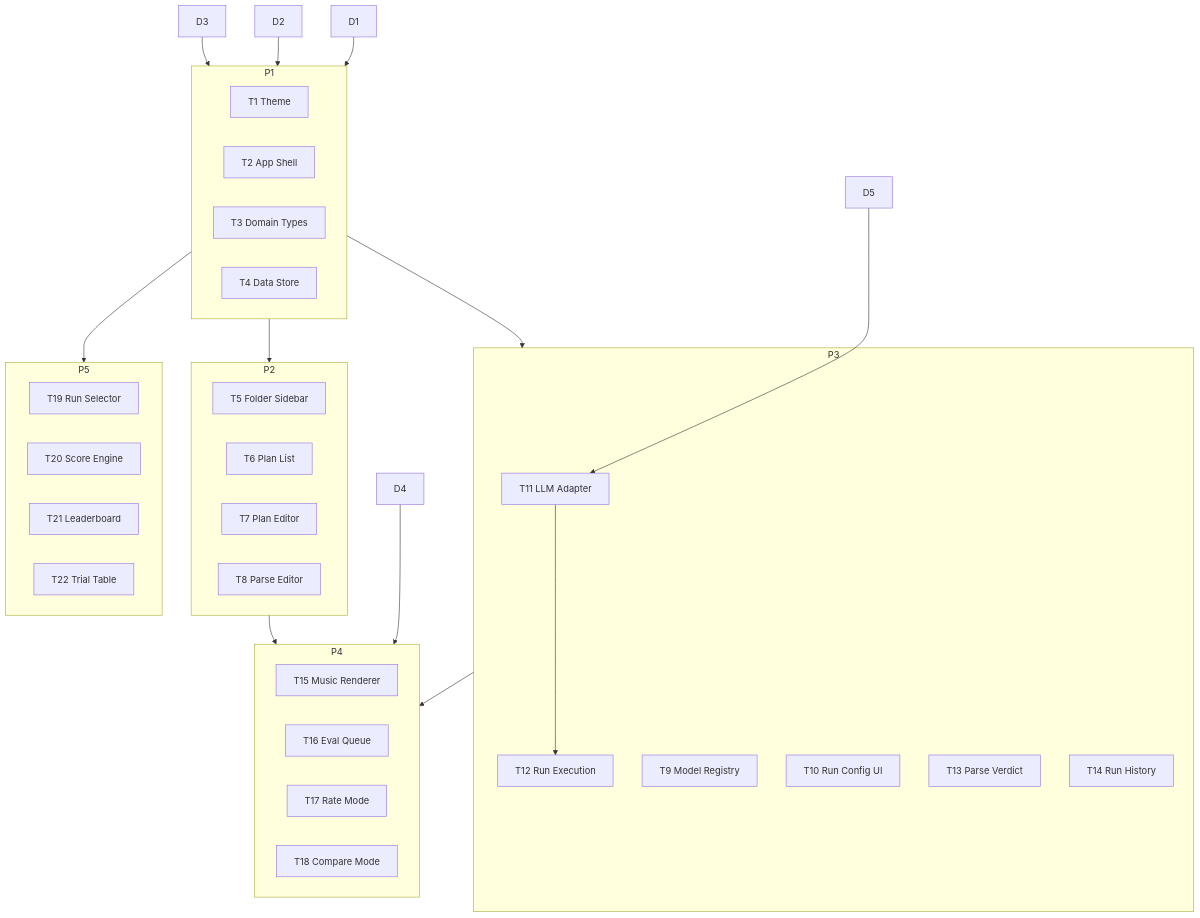
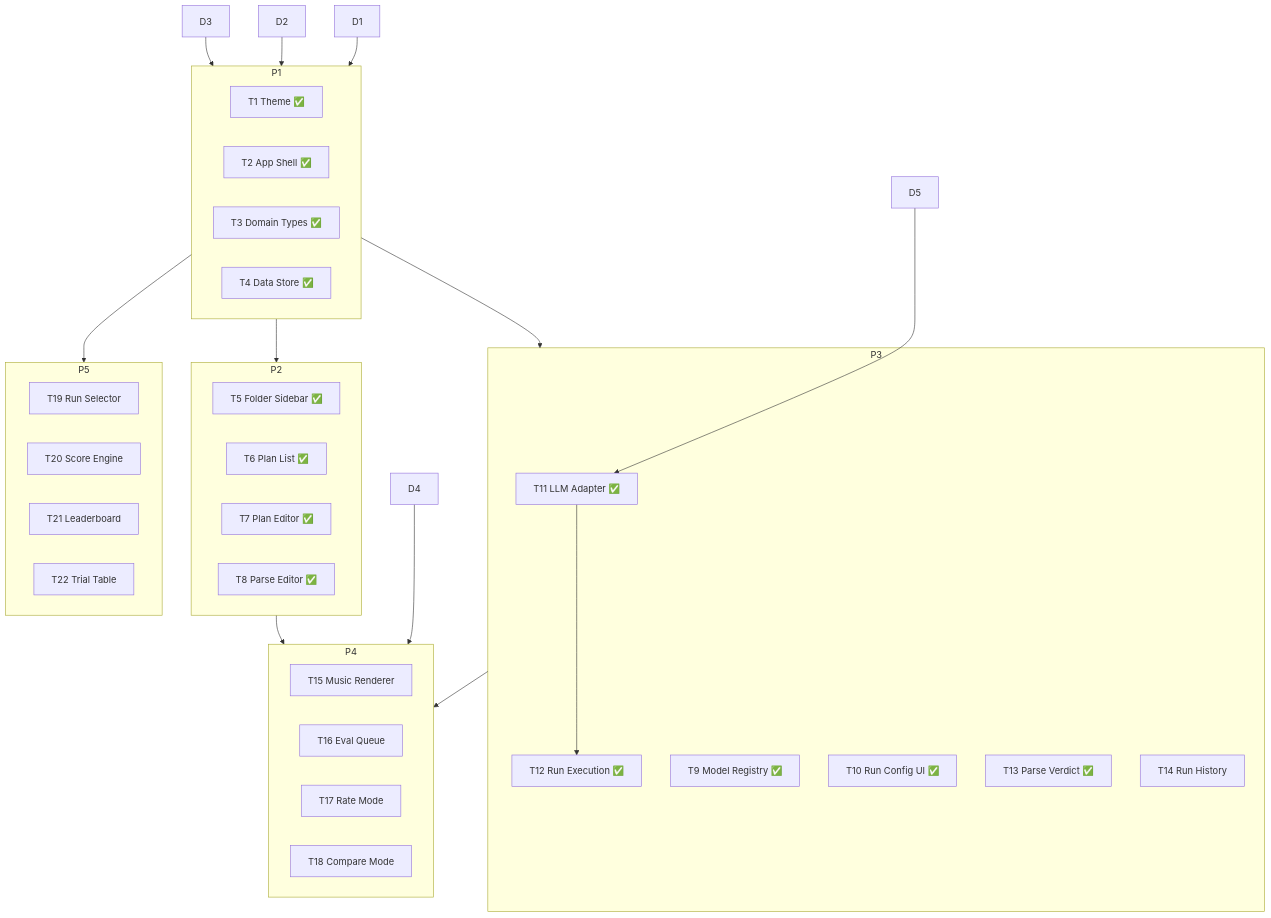
Before and after one commit to joelbreit/music-bench: the diagram in docs/roadmap.md, drawn with Mermaid. The commit also changed other lines of this file and 4 other files, not shown here.

Commit message:
T12 — Run Execution Engine and T13 — Parse Verdict Engine

````diff
--- a/docs/roadmap.md
+++ b/docs/roadmap.md
@@ -61,50 +61,50 @@
 ```mermaid
 graph TD
     D1 & D2 & D3 --> P1
 
     P1[Phase 1: Foundation] --> P2[Phase 2: Build]
     P1 --> P3[Phase 3: Run]
     P1 --> P5[Phase 5: Explore]
     D4 --> P4[Phase 4: Evaluate]
     P2 --> P4
     P3 --> P4
     D5 --> T11
     T11 --> T12
 
     subgraph P1
-        T1[T1 Theme]
-        T2[T2 App Shell]
-        T3[T3 Domain Types]
-        T4[T4 Data Store]
+        T1[T1 Theme ✅]
+        T2[T2 App Shell ✅]
+        T3[T3 Domain Types ✅]
+        T4[T4 Data Store ✅]
     end
 
     subgraph P2
-        T5[T5 Folder Sidebar]
-        T6[T6 Plan List]
-        T7[T7 Plan Editor]
-        T8[T8 Parse Editor]
+        T5[T5 Folder Sidebar ✅]
+        T6[T6 Plan List ✅]
+        T7[T7 Plan Editor ✅]
+        T8[T8 Parse Editor ✅]
     end
 
     subgraph P3
-        T9[T9 Model Registry]
-        T10[T10 Run Config UI]
-        T11[T11 LLM Adapter]
-        T12[T12 Run Execution]
-        T13[T13 Parse Verdict]
+        T9[T9 Model Registry ✅]
+        T10[T10 Run Config UI ✅]
+        T11[T11 LLM Adapter ✅]
+        T12[T12 Run Execution ✅]
+        T13[T13 Parse Verdict ✅]
         T14[T14 Run History]
     end
 
     subgraph P4
         T15[T15 Music Renderer]
         T16[T16 Eval Queue]
         T17[T17 Rate Mode]
         T18[T18 Compare Mode]
     end
 
     subgraph P5
         T19[T19 Run Selector]
         T20[T20 Score Engine]
         T21[T21 Leaderboard]
         T22[T22 Trial Table]
     end
 ```
````
